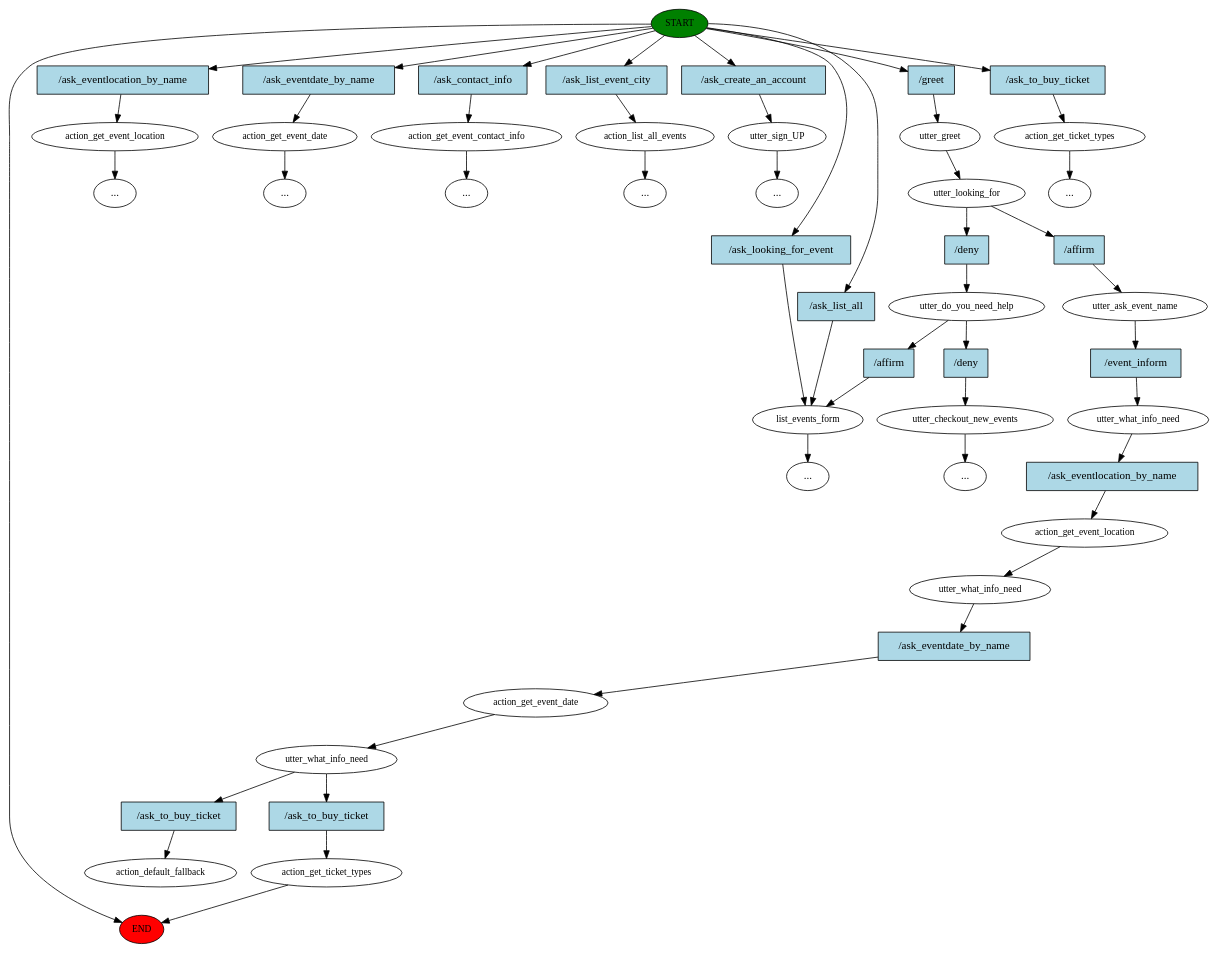
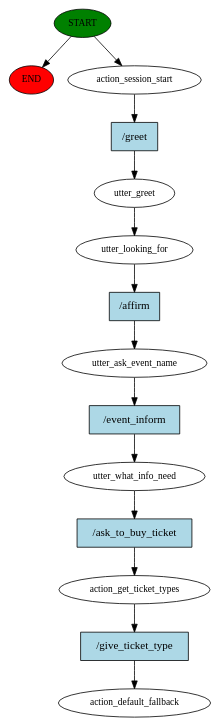
One commit to EhteshamBahoo/Tic8M8_Bot changed the diagram in story_graph.dot. Above: the diagram before and after it, drawn with Graphviz. The commit also changed 6 other files, not shown here.

```diff
--- a/story_graph.dot
+++ b/story_graph.dot
@@ -1,98 +1,29 @@
 digraph  {
 0 [class="start active", fillcolor=green, fontsize=12, label=START, style=filled];
 "-1" [class=end, fillcolor=red, fontsize=12, label=END, style=filled];
-1 [class="", fontsize=12, label=action_get_event_location];
-"-4" [class=ellipsis, label="..."];
-3 [class="", fontsize=12, label=action_get_event_date];
-"-5" [class=ellipsis, label="..."];
-4 [class="", fontsize=12, label=action_get_event_contact_info];
-"-6" [class=ellipsis, label="..."];
-5 [class="", fontsize=12, label=action_list_all_events];
-"-7" [class=ellipsis, label="..."];
-6 [class="", fontsize=12, label=utter_sign_UP];
-"-8" [class=ellipsis, label="..."];
-7 [class="", fontsize=12, label=list_events_form];
-14 [class=active, fontsize=12, label=utter_greet];
-15 [class=active, fontsize=12, label=utter_looking_for];
-16 [class=active, fontsize=12, label=utter_ask_event_name];
-17 [class=active, fontsize=12, label=utter_what_info_need];
-18 [class=active, fontsize=12, label=action_get_event_location];
-19 [class=active, fontsize=12, label=utter_what_info_need];
-20 [class=active, fontsize=12, label=action_get_event_date];
-21 [class=active, fontsize=12, label=utter_what_info_need];
-22 [class="", fontsize=12, label=action_get_ticket_types];
-25 [class="", fontsize=12, label=utter_do_you_need_help];
-"-16" [class=ellipsis, label="..."];
-30 [class="", fontsize=12, label=utter_checkout_new_events];
-"-18" [class=ellipsis, label="..."];
-35 [class="", fontsize=12, label=action_get_ticket_types];
-"-20" [class=ellipsis, label="..."];
-45 [class="dashed active", fontsize=12, label=action_default_fallback];
-46 [class=intent, fillcolor=lightblue, label="/ask_eventlocation_by_name", shape=rect, style=filled];
-47 [class=intent, fillcolor=lightblue, label="/ask_eventdate_by_name", shape=rect, style=filled];
-48 [class=intent, fillcolor=lightblue, label="/ask_contact_info", shape=rect, style=filled];
-49 [class=intent, fillcolor=lightblue, label="/ask_list_event_city", shape=rect, style=filled];
-50 [class=intent, fillcolor=lightblue, label="/ask_create_an_account", shape=rect, style=filled];
-51 [class=intent, fillcolor=lightblue, label="/ask_looking_for_event", shape=rect, style=filled];
-52 [class=intent, fillcolor=lightblue, label="/ask_list_all", shape=rect, style=filled];
-53 [class="intent active", fillcolor=lightblue, label="/greet", shape=rect, style=filled];
-54 [class=intent, fillcolor=lightblue, label="/ask_to_buy_ticket", shape=rect, style=filled];
-55 [class="intent active", fillcolor=lightblue, label="/affirm", shape=rect, style=filled];
-56 [class=intent, fillcolor=lightblue, label="/deny", shape=rect, style=filled];
-57 [class="intent active", fillcolor=lightblue, label="/event_inform", shape=rect, style=filled];
-58 [class="intent active", fillcolor=lightblue, label="/ask_eventlocation_by_name", shape=rect, style=filled];
-59 [class="intent active", fillcolor=lightblue, label="/ask_eventdate_by_name", shape=rect, style=filled];
-60 [class=intent, fillcolor=lightblue, label="/ask_to_buy_ticket", shape=rect, style=filled];
-61 [class="intent active", fillcolor=lightblue, label="/ask_to_buy_ticket", shape=rect, style=filled];
-62 [class=intent, fillcolor=lightblue, label="/affirm", shape=rect, style=filled];
-63 [class=intent, fillcolor=lightblue, label="/deny", shape=rect, style=filled];
+1 [class=active, fontsize=12, label=action_session_start];
+2 [class=active, fontsize=12, label=utter_greet];
+3 [class=active, fontsize=12, label=utter_looking_for];
+4 [class=active, fontsize=12, label=utter_ask_event_name];
+5 [class=active, fontsize=12, label=utter_what_info_need];
+6 [class=active, fontsize=12, label=action_get_ticket_types];
+7 [class="dashed active", fontsize=12, label=action_default_fallback];
+8 [class="intent active", fillcolor=lightblue, label="/greet", shape=rect, style=filled];
+9 [class="intent active", fillcolor=lightblue, label="/affirm", shape=rect, style=filled];
+10 [class="intent active", fillcolor=lightblue, label="/event_inform", shape=rect, style=filled];
+11 [class="intent active", fillcolor=lightblue, label="/ask_to_buy_ticket", shape=rect, style=filled];
+12 [class="intent active", fillcolor=lightblue, label="/give_ticket_type", shape=rect, style=filled];
 0 -> "-1"  [class="", key=NONE, label=""];
-0 -> 46  [class="", key=0];
-0 -> 47  [class="", key=0];
-0 -> 48  [class="", key=0];
-0 -> 49  [class="", key=0];
-0 -> 50  [class="", key=0];
-0 -> 51  [class="", key=0];
-0 -> 52  [class="", key=0];
-0 -> 53  [class=active, key=0];
-0 -> 54  [class="", key=0];
-1 -> "-4"  [class="", key=NONE, label=""];
-3 -> "-5"  [class="", key=NONE, label=""];
-4 -> "-6"  [class="", key=NONE, label=""];
-5 -> "-7"  [class="", key=NONE, label=""];
-6 -> "-8"  [class="", key=NONE, label=""];
-7 -> "-16"  [class="", key=NONE, label=""];
-14 -> 15  [class=active, key=NONE, label=""];
-15 -> 55  [class=active, key=0];
-15 -> 56  [class="", key=0];
-16 -> 57  [class=active, key=0];
-17 -> 58  [class=active, key=0];
-18 -> 19  [class=active, key=NONE, label=""];
-19 -> 59  [class=active, key=0];
-20 -> 21  [class=active, key=NONE, label=""];
-21 -> 60  [class="", key=0];
-21 -> 61  [class=active, key=0];
-22 -> "-1"  [class="", key=NONE, label=""];
-25 -> 62  [class="", key=0];
-25 -> 63  [class="", key=0];
-30 -> "-18"  [class="", key=NONE, label=""];
-35 -> "-20"  [class="", key=NONE, label=""];
-46 -> 1  [class="", key=0];
-47 -> 3  [class="", key=0];
-48 -> 4  [class="", key=0];
-49 -> 5  [class="", key=0];
-50 -> 6  [class="", key=0];
-51 -> 7  [class="", key=0];
-52 -> 7  [class="", key=0];
-53 -> 14  [class=active, key=0];
-54 -> 35  [class="", key=0];
-55 -> 16  [class=active, key=0];
-56 -> 25  [class="", key=0];
-57 -> 17  [class=active, key=0];
-58 -> 18  [class=active, key=0];
-59 -> 20  [class=active, key=0];
-60 -> 22  [class="", key=0];
-61 -> 45  [class=active, key=0];
-62 -> 7  [class="", key=0];
-63 -> 30  [class="", key=0];
+0 -> 1  [class=active, key=NONE, label=""];
+1 -> 8  [class=active, key=0];
+2 -> 3  [class=active, key=NONE, label=""];
+3 -> 9  [class=active, key=0];
+4 -> 10  [class=active, key=0];
+5 -> 11  [class=active, key=0];
+6 -> 12  [class=active, key=0];
+8 -> 2  [class=active, key=0];
+9 -> 4  [class=active, key=0];
+10 -> 5  [class=active, key=0];
+11 -> 6  [class=active, key=0];
+12 -> 7  [class=active, key=0];
 }
```
